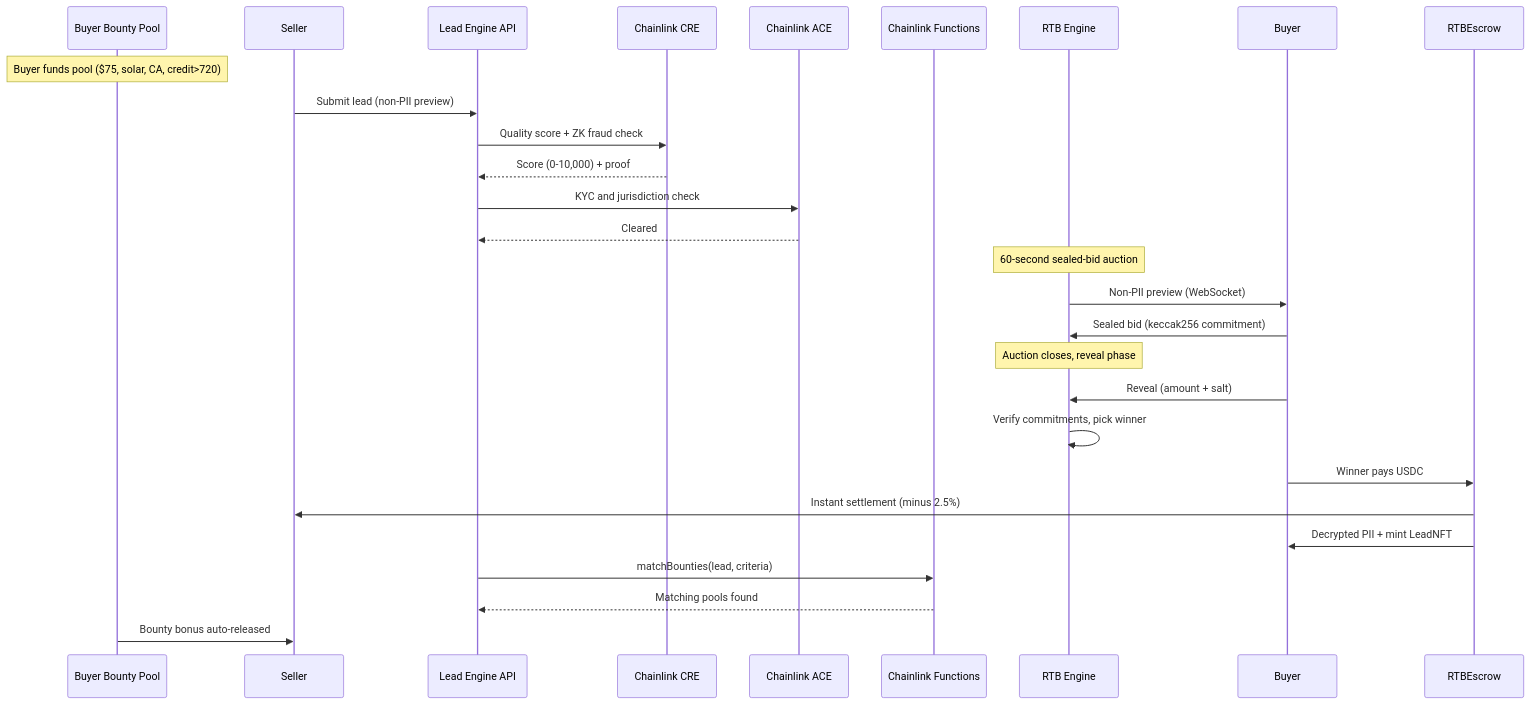
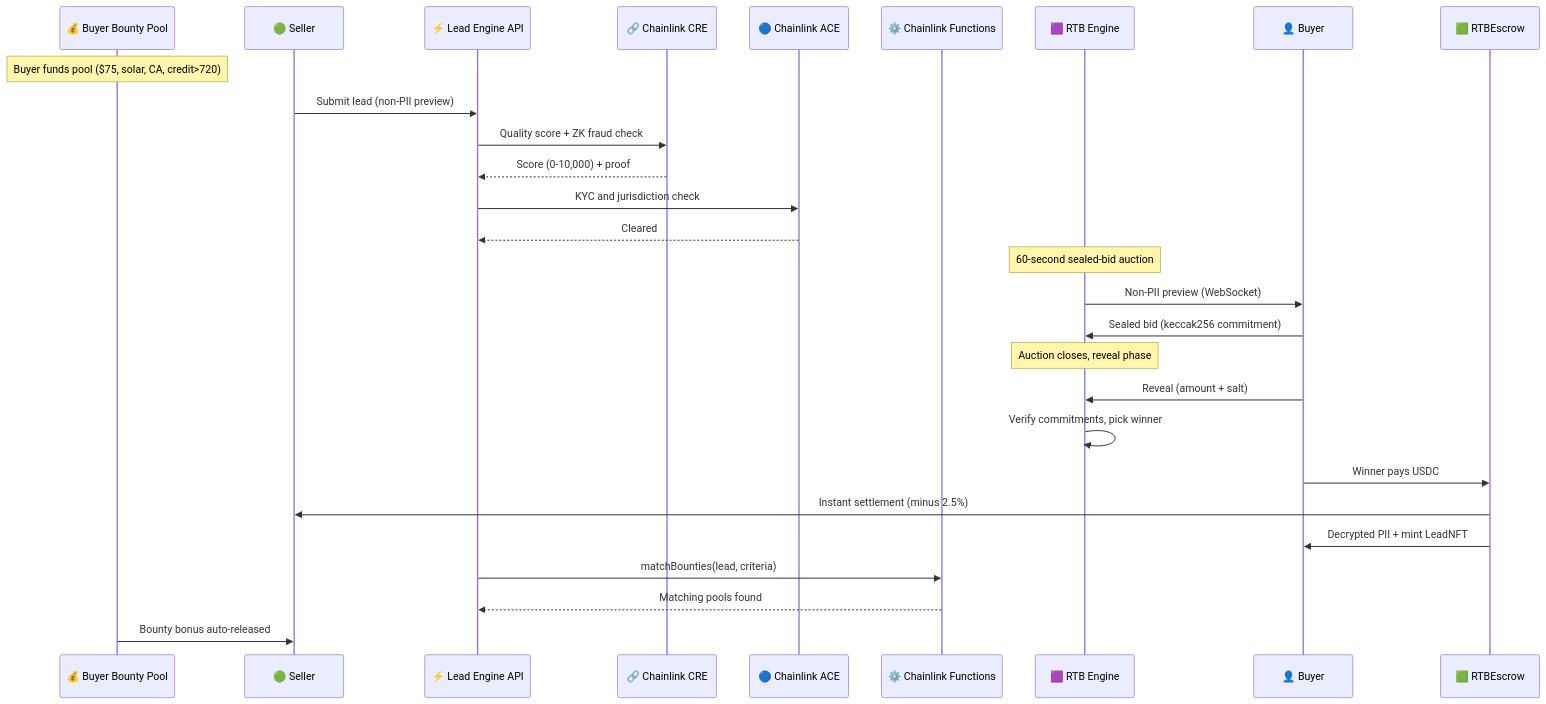
Before and after one commit to bnmbnmai/lead-engine-cre: the diagram in README.md, drawn with Mermaid.

Commit message:
docs: restore emojis in flow diagram participants

````diff
--- a/README.md
+++ b/README.md
@@ -74,38 +74,38 @@
 ```mermaid
 sequenceDiagram
-    participant BP as Buyer Bounty Pool
-    participant S as Seller
-    participant API as Lead Engine API
-    participant CRE as Chainlink CRE
-    participant ACE as Chainlink ACE
-    participant FN as Chainlink Functions
-    participant RTB as RTB Engine
-    participant B as Buyer
-    participant X as RTBEscrow
+    participant BP as 💰 Buyer Bounty Pool
+    participant S as 🟢 Seller
+    participant API as ⚡ Lead Engine API
+    participant CRE as 🔗 Chainlink CRE
+    participant ACE as 🔵 Chainlink ACE
+    participant FN as ⚙️ Chainlink Functions
+    participant RTB as 🟪 RTB Engine
+    participant B as 👤 Buyer
+    participant X as 🟩 RTBEscrow
 
     Note over BP: Buyer funds pool ($75, solar, CA, credit>720)
 
     S->>API: Submit lead (non-PII preview)
     API->>CRE: Quality score + ZK fraud check
     CRE-->>API: Score (0-10,000) + proof
     API->>ACE: KYC and jurisdiction check
     ACE-->>API: Cleared
 
     Note over RTB: 60-second sealed-bid auction
 
     RTB->>B: Non-PII preview (WebSocket)
     B->>RTB: Sealed bid (keccak256 commitment)
 
     Note over RTB: Auction closes, reveal phase
 
     B->>RTB: Reveal (amount + salt)
     RTB->>RTB: Verify commitments, pick winner
 
     B->>X: Winner pays USDC
     X->>S: Instant settlement (minus 2.5%)
     X->>B: Decrypted PII + mint LeadNFT
 
     API->>FN: matchBounties(lead, criteria)
     FN-->>API: Matching pools found
     BP->>S: Bounty bonus auto-released
 ```
````
